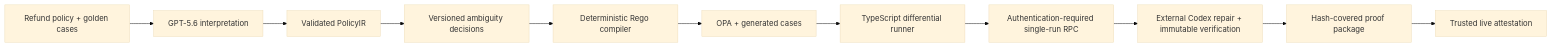
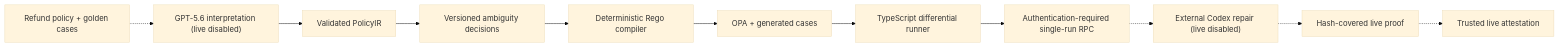
Before and after one commit to sel-chan/policytwin: the diagram in README.md, drawn with Mermaid (base theme). The commit also changed other lines of this file and 52 other files, not shown here.

````diff
--- a/README.md
+++ b/README.md
@@ -25,13 +25,13 @@
 ```mermaid
 flowchart LR
-  A["Refund policy + golden cases"] --> B["GPT-5.6 interpretation"]
+  A["Refund policy + golden cases"] -.-> B["GPT-5.6 interpretation (live disabled)"]
   B --> C["Validated PolicyIR"]
   C --> D["Versioned ambiguity decisions"]
   D --> E["Deterministic Rego compiler"]
   E --> F["OPA + generated cases"]
   F --> G["TypeScript differential runner"]
   G --> H["Authentication-required single-run RPC"]
-  H --> I["External Codex repair + immutable verification"]
-  I --> J["Hash-covered proof package"]
-  J --> K["Trusted live attestation"]
+  H -.-> I["External Codex repair (live disabled)"]
+  I -.-> J["Hash-covered live proof"]
+  J -.-> K["Trusted live attestation"]
 ```
````
